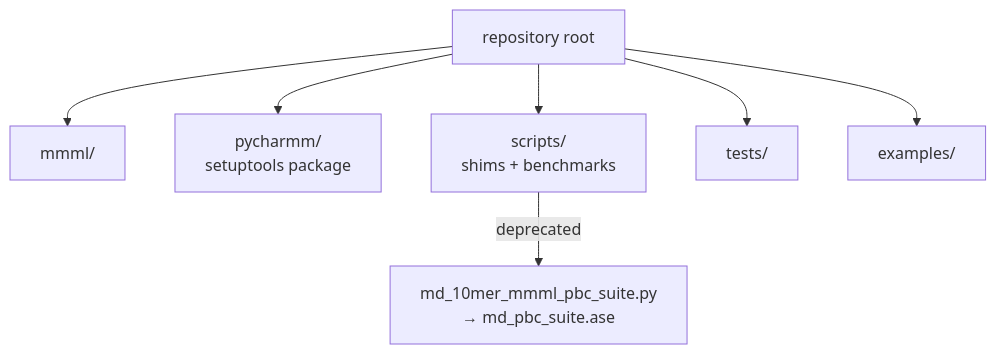
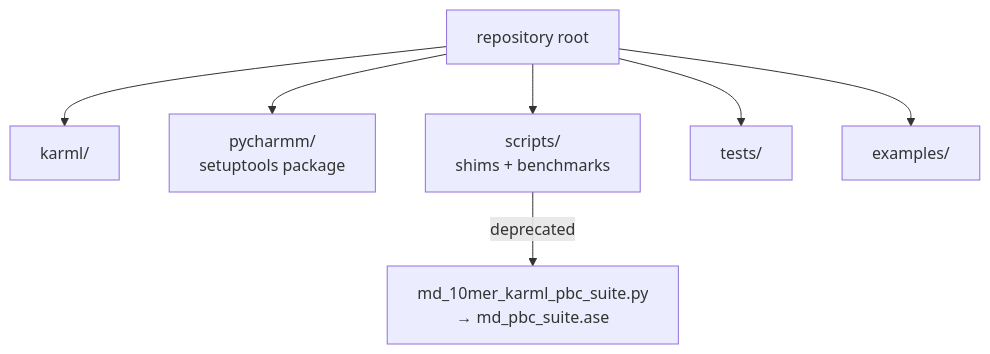
One commit to EricBoittier/mmml changed the eighth of 8 diagrams in docs/package-architecture.md. Above: the diagram before and after it, drawn with Mermaid. The commit also changed other lines of this file and 2421 other files, not shown here.

First line of the commit message:
Refactor project references from MMML to KARML

````diff
--- a/docs/package-architecture.md
+++ b/docs/package-architecture.md
@@ -335,12 +335,12 @@
 ```mermaid
 flowchart TB
   REPO["repository root"]
 
-  REPO --> MMML["mmml/"]
+  REPO --> KARML["karml/"]
   REPO --> PYCH["pycharmm/\nsetuptools package"]
   REPO --> SCR["scripts/\nshims + benchmarks"]
   REPO --> TESTS["tests/"]
   REPO --> EX["examples/"]
 
-  SCR -->|"deprecated"| PBC_SHIM["md_10mer_mmml_pbc_suite.py\n→ md_pbc_suite.ase"]
+  SCR -->|"deprecated"| PBC_SHIM["md_10mer_karml_pbc_suite.py\n→ md_pbc_suite.ase"]
 ```
````
